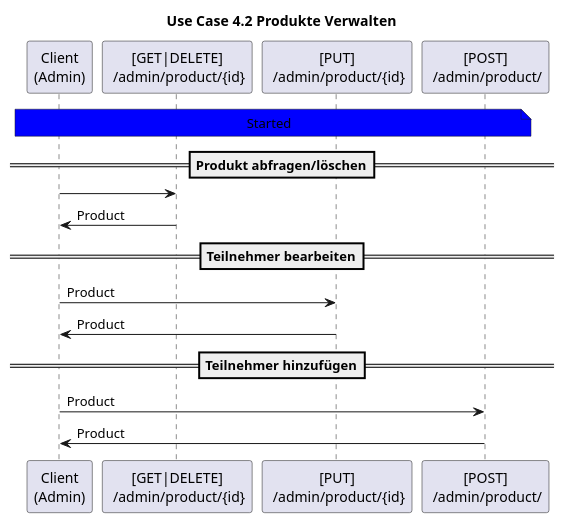
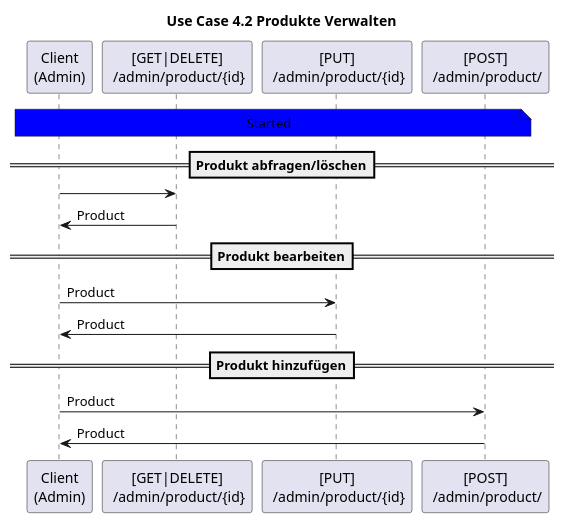
The third of 3 diagrams in docs/api-sequence-diagram/UseCase/Use-Case_4.puml (Mankianer/TresenSystem), drawn with PlantUML before and after one commit.

Commit message:
add Use Case Api

```diff
--- a/docs/api-sequence-diagram/UseCase/Use-Case_4.puml
+++ b/docs/api-sequence-diagram/UseCase/Use-Case_4.puml
@@ -32,17 +32,17 @@
 @startuml
 title Use Case 4.2 Produkte Verwalten
 note across #blue: Started
 
 ==Produkt abfragen/löschen==
 "Client\n(Admin)" -> "[GET|DELETE]\n /admin/product/{id}"
 "Client\n(Admin)" <- "[GET|DELETE]\n /admin/product/{id}": Product
 
-==Teilnehmer bearbeiten==
+==Produkt bearbeiten==
 "Client\n(Admin)" -> "[PUT]\n /admin/product/{id}": Product
 "Client\n(Admin)" <- "[PUT]\n /admin/product/{id}": Product
 
-==Teilnehmer hinzufügen==
+==Produkt hinzufügen==
 "Client\n(Admin)" -> "[POST]\n /admin/product/": Product
 "Client\n(Admin)" <- "[POST]\n /admin/product/": Product
 
 @enduml
```
